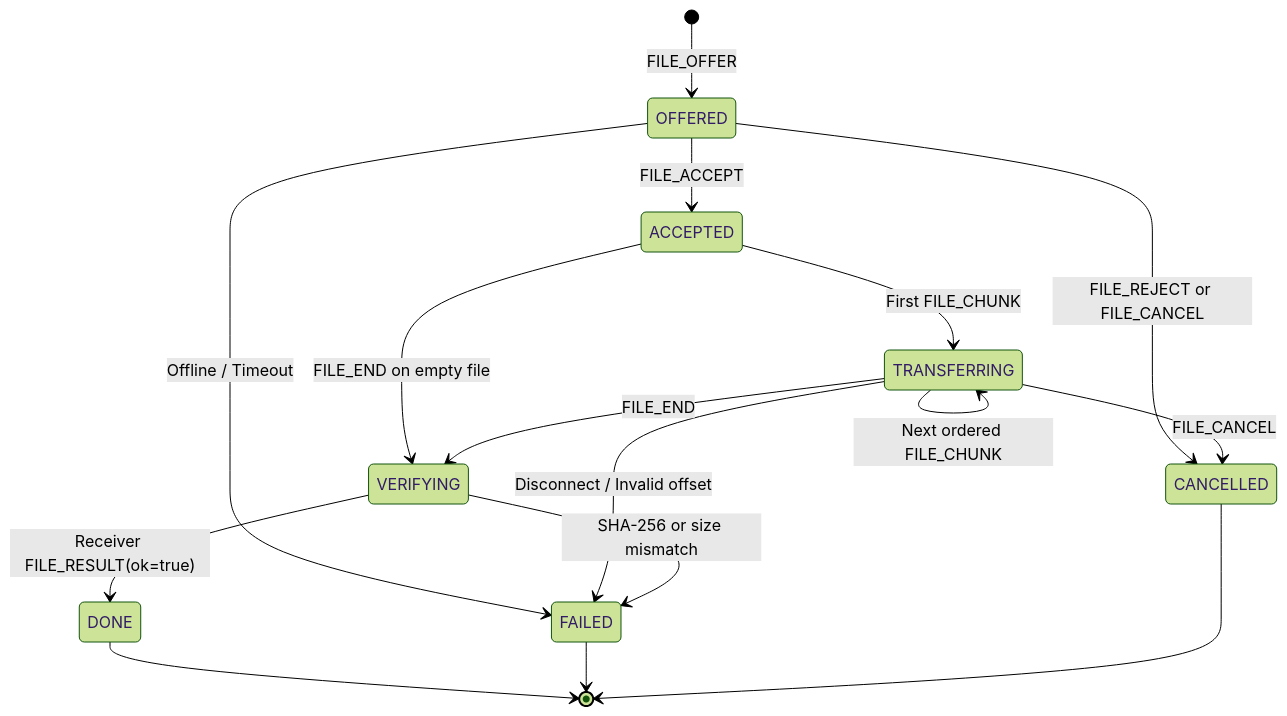
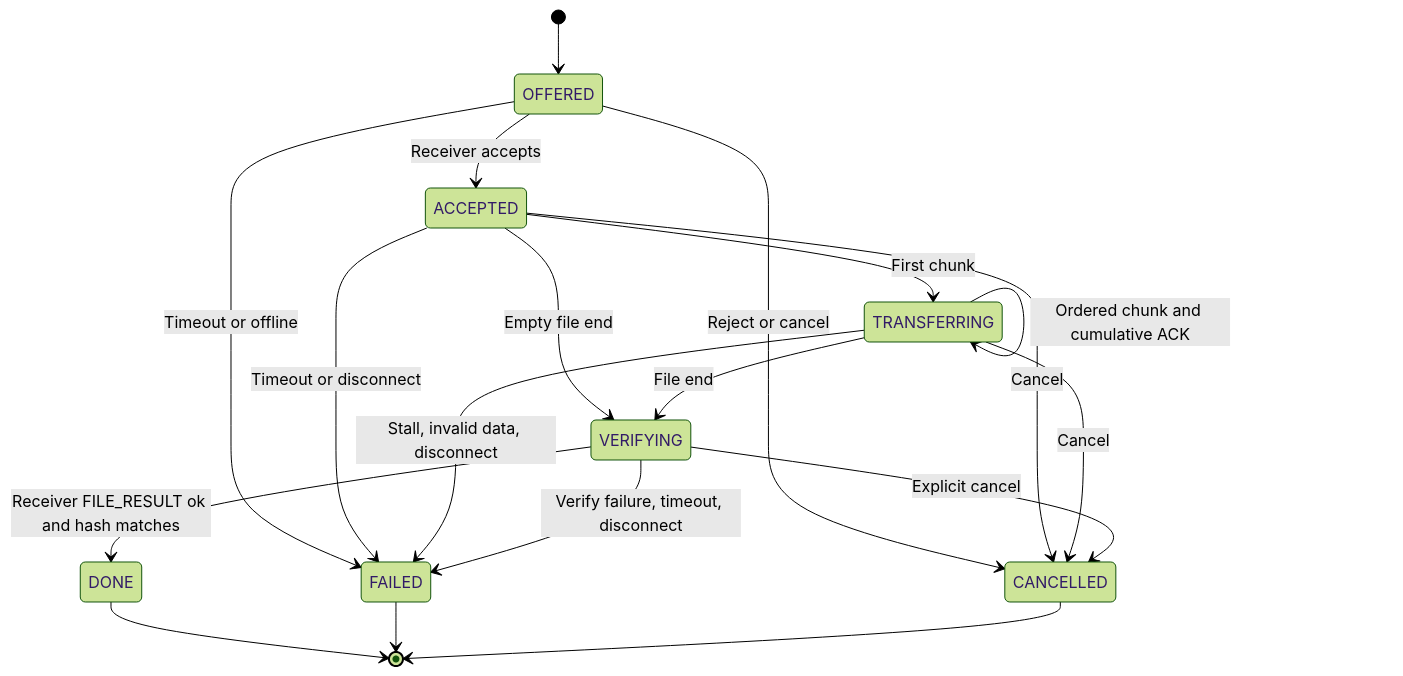
Before and after one commit to 1K-Keem/lan-collab: the diagram in docs/protocol-spec.md, drawn with Mermaid (forest theme). The commit also changed other lines of this file and 1 other file, not shown here.

Commit message:
docs: revise v1.1 protocol for receiver ACKs, sender windows, auth and UDP

````diff
--- a/docs/protocol-spec.md
+++ b/docs/protocol-spec.md
@@ -55,18 +71,21 @@
 ```mermaid
 stateDiagram-v2
-    [*] --> OFFERED: FILE_OFFER
-    OFFERED --> ACCEPTED: FILE_ACCEPT
-    OFFERED --> CANCELLED: FILE_REJECT or FILE_CANCEL
-    OFFERED --> FAILED: Offline / Timeout
-    ACCEPTED --> TRANSFERRING: First FILE_CHUNK
-    ACCEPTED --> VERIFYING: FILE_END on empty file
-    TRANSFERRING --> TRANSFERRING: Next ordered FILE_CHUNK
-    TRANSFERRING --> VERIFYING: FILE_END
-    TRANSFERRING --> CANCELLED: FILE_CANCEL
-    TRANSFERRING --> FAILED: Disconnect / Invalid offset
-    VERIFYING --> DONE: Receiver FILE_RESULT(ok=true)
-    VERIFYING --> FAILED: SHA-256 or size mismatch
+    [*] --> OFFERED
+    OFFERED --> ACCEPTED: Receiver accepts
+    OFFERED --> CANCELLED: Reject or cancel
+    OFFERED --> FAILED: Timeout or offline
+    ACCEPTED --> TRANSFERRING: First chunk
+    ACCEPTED --> VERIFYING: Empty file end
+    ACCEPTED --> CANCELLED: Cancel
+    ACCEPTED --> FAILED: Timeout or disconnect
+    TRANSFERRING --> TRANSFERRING: Ordered chunk and cumulative ACK
+    TRANSFERRING --> VERIFYING: File end
+    TRANSFERRING --> CANCELLED: Cancel
+    TRANSFERRING --> FAILED: Stall, invalid data, disconnect
+    VERIFYING --> DONE: Receiver FILE_RESULT ok and hash matches
+    VERIFYING --> FAILED: Verify failure, timeout, disconnect
+    VERIFYING --> CANCELLED: Explicit cancel
     DONE --> [*]
     FAILED --> [*]
     CANCELLED --> [*]
 ```
````
